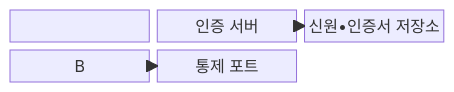
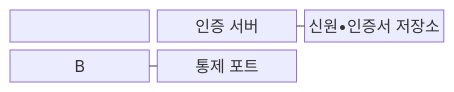
The first of 2 diagrams in src/content/docs/notes/04-network/115_802_1x_eap_authentication.md (agnusdei1207/knowledge-base), drawn with Mermaid before and after one commit. The commit also changed other lines of this file and 493 other files, not shown here.

````diff
--- a/src/content/docs/notes/04-network/115_802_1x_eap_authentication.md
+++ b/src/content/docs/notes/04-network/115_802_1x_eap_authentication.md
@@ -69,7 +69,7 @@
 ```mermaid
-block
+block-beta
   columns 3
-  A["인증 요청자"] --> B["인증 중계자"] --> C["인증 서버"]
-  D["신원•인증서 저장소"] --> C
-  B --> E["통제 포트"]
+  A["인증 요청자"] --- B["인증 중계자"] --- C["인증 서버"]
+  D["신원•인증서 저장소"] --- C
+  B --- E["통제 포트"]
 ```
````
